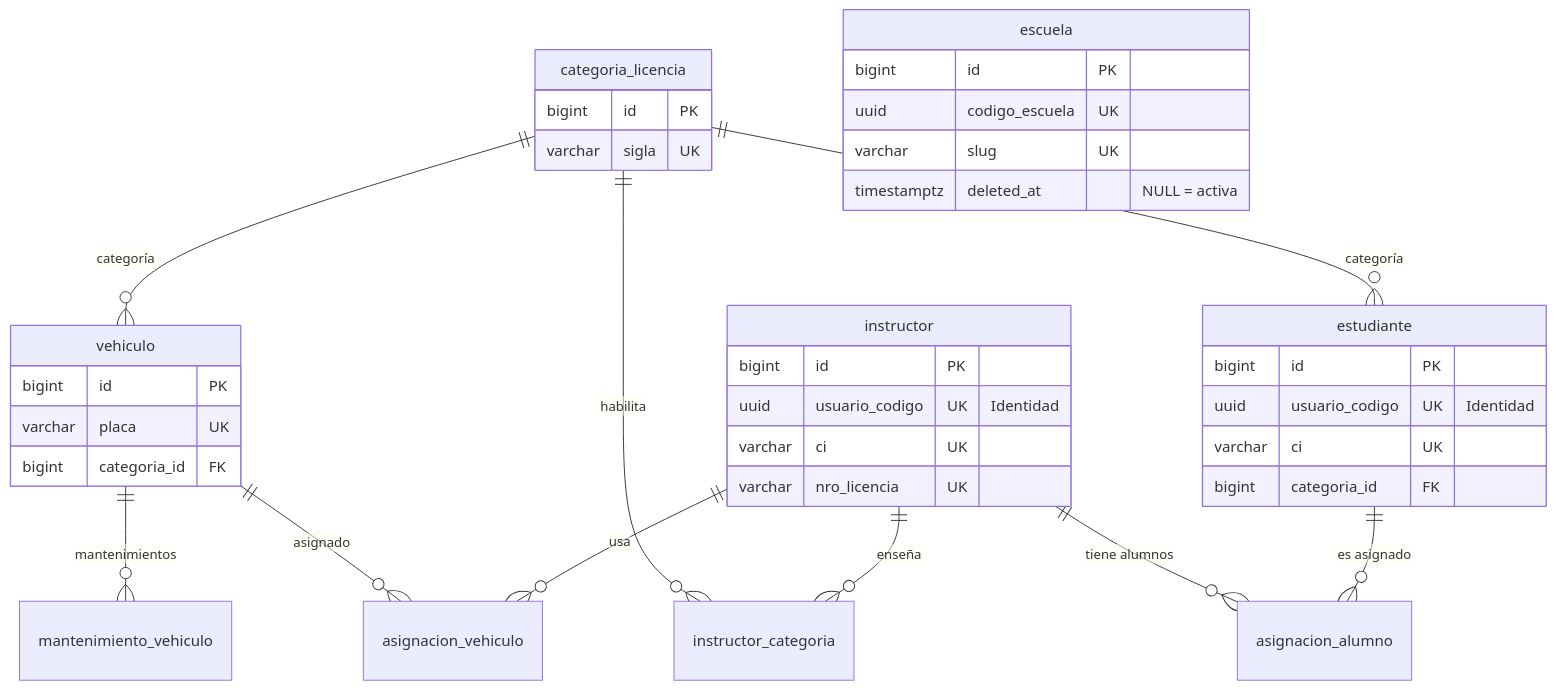
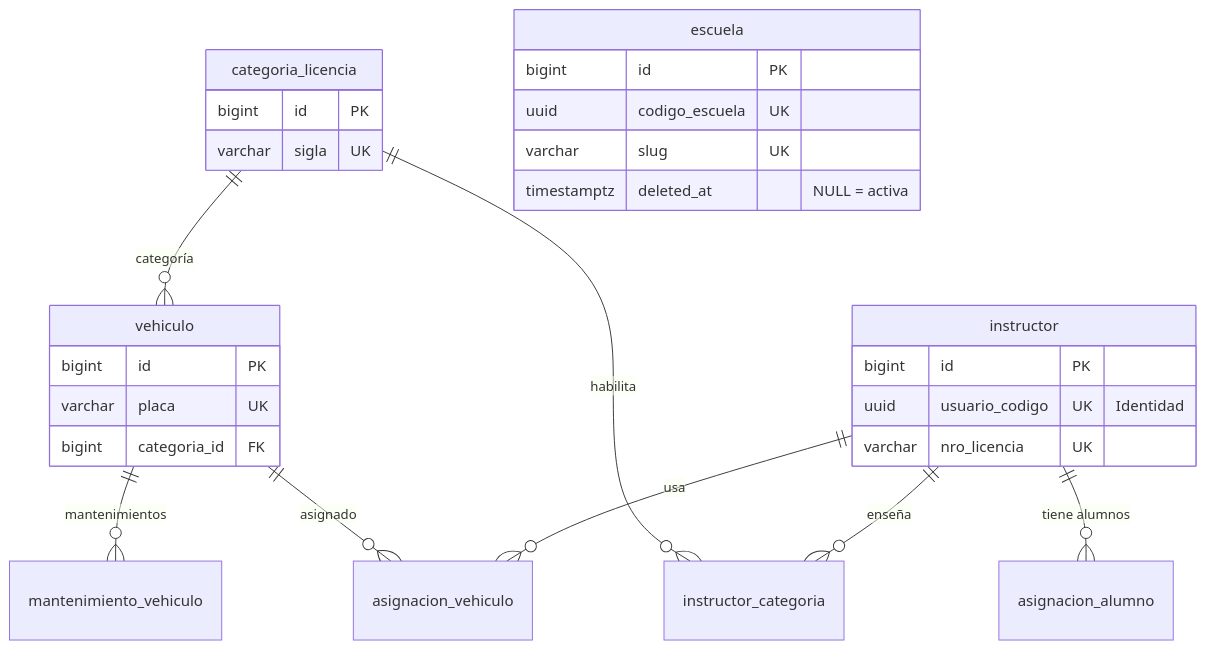
The third of 5 diagrams in docs/DriveHub/DISENO_BASE_DE_DATOS.md (Mau8877/DriveHub), drawn with Mermaid before and after one commit. The commit also changed other lines of this file and 5 other files, not shown here.

````diff
--- a/docs/DriveHub/DISENO_BASE_DE_DATOS.md
+++ b/docs/DriveHub/DISENO_BASE_DE_DATOS.md
@@ -223,40 +249,31 @@
 ```mermaid
 erDiagram
-    categoria_licencia ||--o{ estudiante : "categoría"
     categoria_licencia ||--o{ vehiculo : "categoría"
     categoria_licencia ||--o{ instructor_categoria : "habilita"
     instructor ||--o{ instructor_categoria : "enseña"
     vehiculo ||--o{ mantenimiento_vehiculo : "mantenimientos"
     vehiculo ||--o{ asignacion_vehiculo : "asignado"
     instructor ||--o{ asignacion_vehiculo : "usa"
     instructor ||--o{ asignacion_alumno : "tiene alumnos"
-    estudiante ||--o{ asignacion_alumno : "es asignado"
 
     escuela {
         bigint id PK
         uuid codigo_escuela UK
         varchar slug UK
         timestamptz deleted_at "NULL = activa"
     }
     categoria_licencia {
         bigint id PK
         varchar sigla UK
     }
-    estudiante {
-        bigint id PK
-        uuid usuario_codigo UK "Identidad"
-        varchar ci UK
-        bigint categoria_id FK
-    }
     instructor {
         bigint id PK
         uuid usuario_codigo UK "Identidad"
-        varchar ci UK
         varchar nro_licencia UK
     }
     vehiculo {
         bigint id PK
         varchar placa UK
         bigint categoria_id FK
     }
 ```
````
